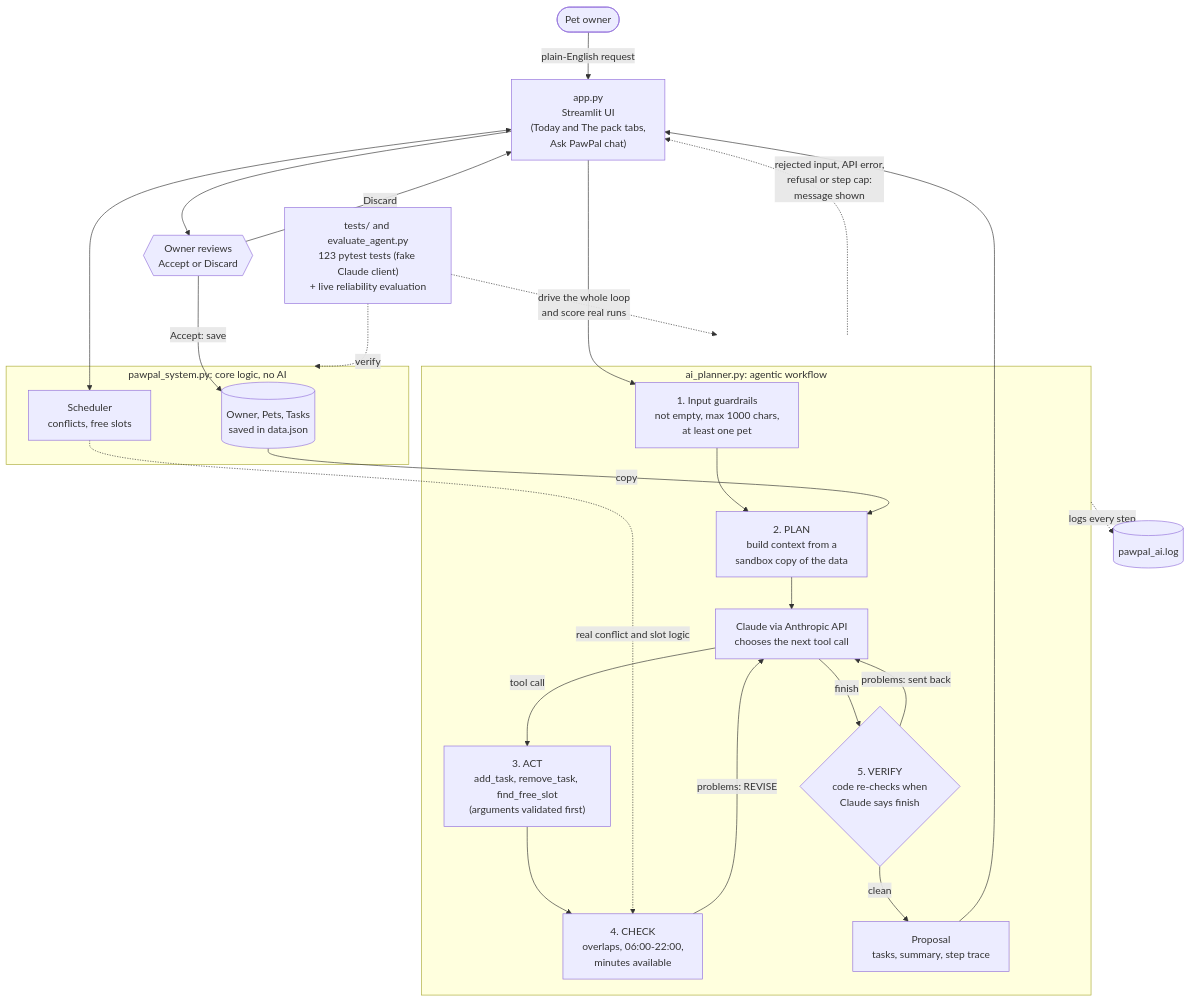
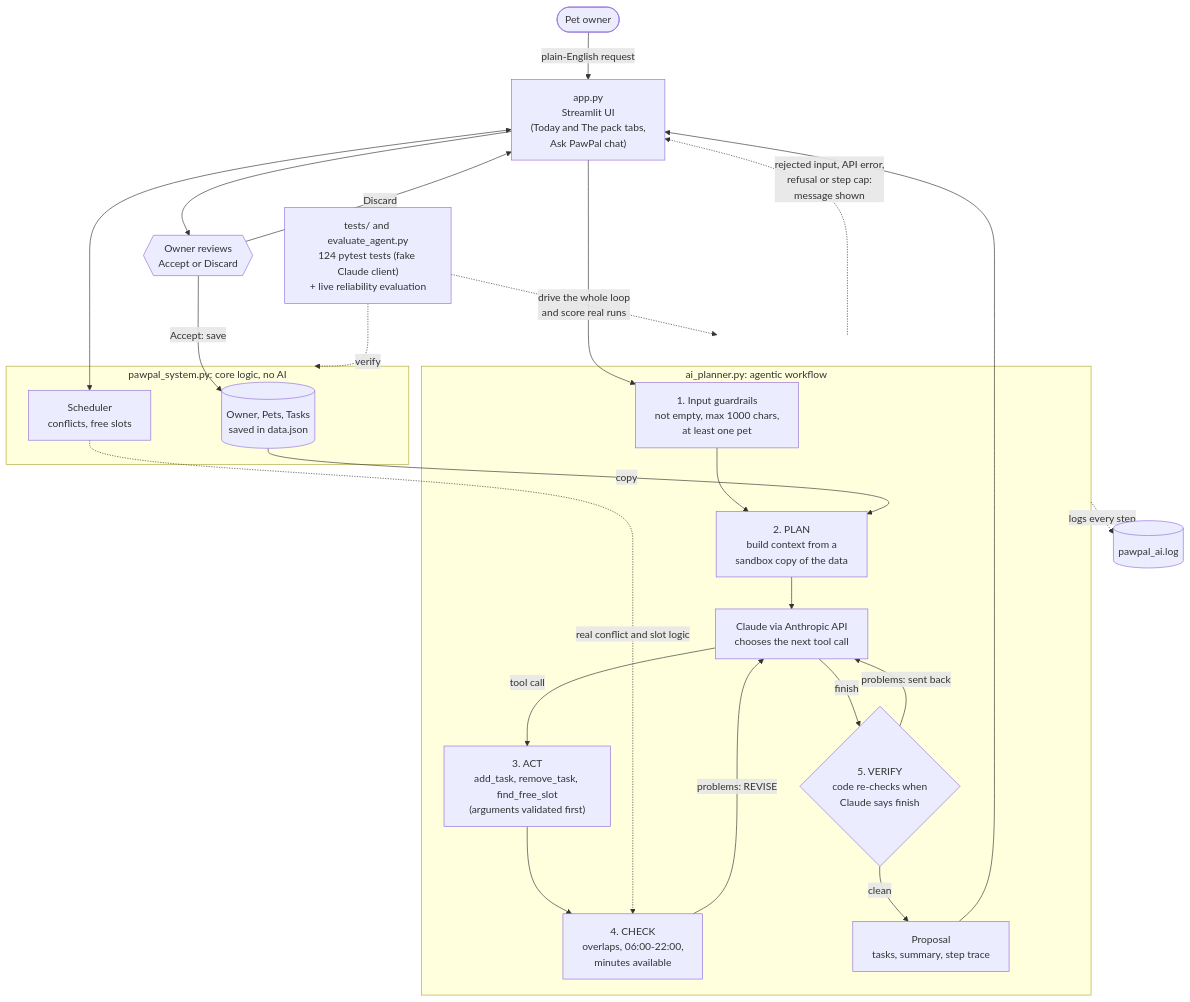
One commit to bior-m16/applied-ai-system-project changed the diagram in README.md. Above: the diagram before and after it, drawn with Mermaid. The commit also changed other lines of this file and 6 other files, not shown here.

````diff
--- a/README.md
+++ b/README.md
@@ -17,55 +17,55 @@
 ```mermaid
 ﻿flowchart TD
     %% PawPal+ architecture with the AI planning agent.
     %% Solid arrows = data flow. Dotted arrows = checking, logging and testing.
     %% The hexagon is the human decision point.
 
     User([Pet owner])
     App["app.py<br/>Streamlit UI<br/>(Today and The pack tabs,<br/>Ask PawPal chat)"]
 
     subgraph Core["pawpal_system.py: core logic, no AI"]
         Owner[("Owner, Pets, Tasks<br/>saved in data.json")]
         Scheduler["Scheduler<br/>conflicts, free slots"]
     end
 
     subgraph Agent["ai_planner.py: agentic workflow"]
         Input["1. Input guardrails<br/>not empty, max 1000 chars,<br/>at least one pet"]
         Context["2. PLAN<br/>build context from a<br/>sandbox copy of the data"]
         Claude["Claude via Anthropic API<br/>chooses the next tool call"]
         Tools["3. ACT<br/>add_task, remove_task, find_free_slot<br/>(arguments validated first)"]
         Check["4. CHECK<br/>overlaps, 06:00-22:00,<br/>minutes available"]
         Verify{"5. VERIFY<br/>code re-checks when<br/>Claude says finish"}
         Proposal["Proposal<br/>tasks, summary, step trace"]
     end
 
     Human{{"Owner reviews<br/>Accept or Discard"}}
     Log[("pawpal_ai.log")]
-    Tests["tests/ and evaluate_agent.py<br/>123 pytest tests (fake Claude client)<br/>+ live reliability evaluation"]
+    Tests["tests/ and evaluate_agent.py<br/>124 pytest tests (fake Claude client)<br/>+ live reliability evaluation"]
 
     %% Input -> process -> output
     User -->|"plain-English request"| App
     App --> Input
     Input --> Context
     Owner -->|"copy"| Context
     Context --> Claude
     Claude -->|"tool call"| Tools
     Tools --> Check
     Check -->|"problems: REVISE"| Claude
     Claude -->|"finish"| Verify
     Verify -->|"problems: sent back"| Claude
     Verify -->|"clean"| Proposal
     Proposal --> App
     App --> Human
     Human -->|"Accept: save"| Owner
     Human -->|"Discard"| App
 
     %% Normal app use and error paths
     App <--> Scheduler
     Scheduler -.->|"real conflict and slot logic"| Check
     Agent -.->|"rejected input, API error,<br/>refusal or step cap:<br/>message shown"| App
 
     %% Logging and testing
     Agent -.->|"logs every step"| Log
     Tests -.->|"verify"| Core
     Tests -.->|"drive the whole loop<br/>and score real runs"| Agent
 ```
````
